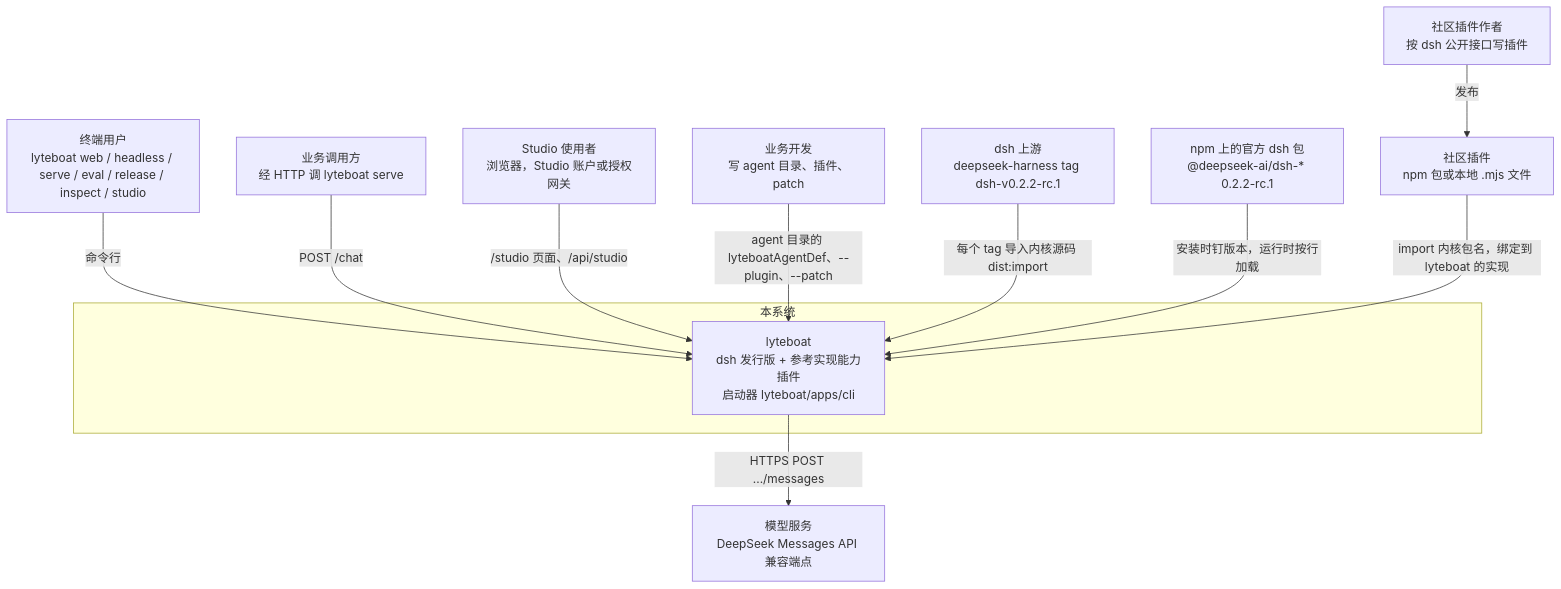
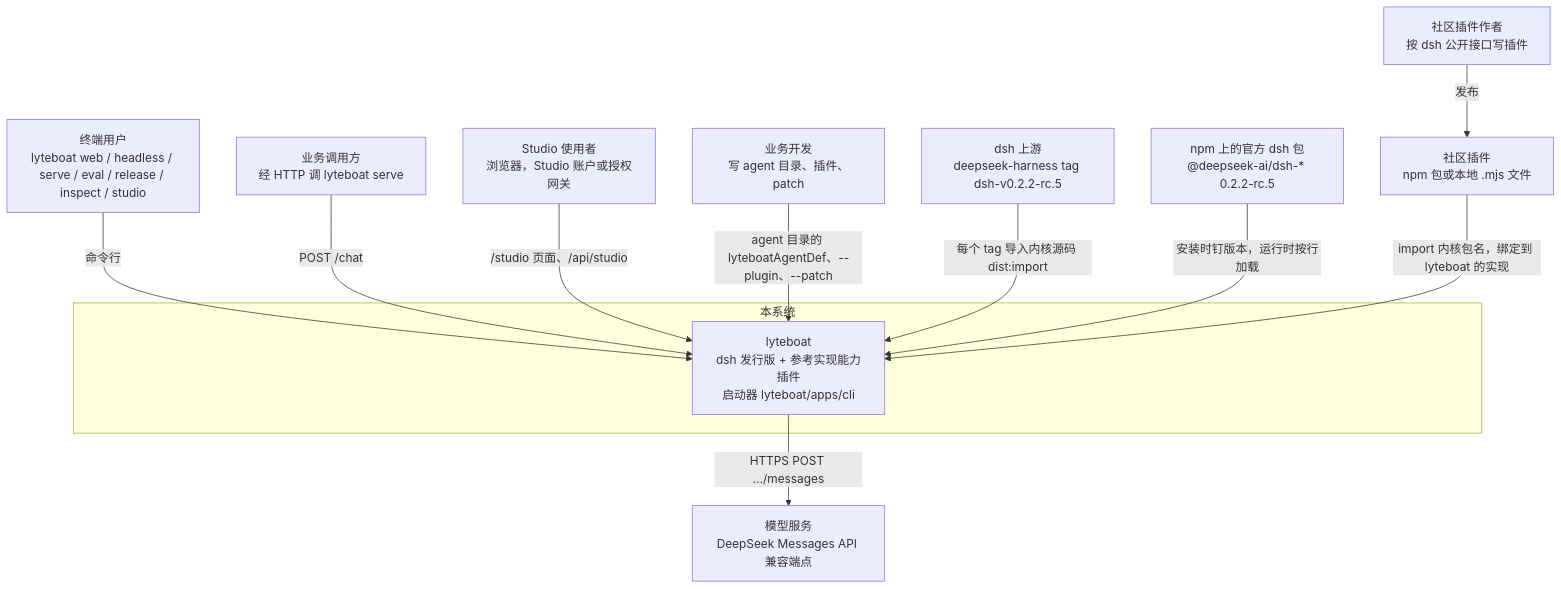
The first of 11 diagrams in docs/01-architecture.md (lyteboat/lyteboat), drawn with Mermaid before and after one commit. The commit also changed other lines of this file and 9 other files, not shown here.

````diff
--- a/docs/01-architecture.md
+++ b/docs/01-architecture.md
@@ -68,24 +68,24 @@
 ```mermaid
 flowchart TB
   user["终端用户<br/>lyteboat web / headless / serve / eval / release / inspect / studio"]
   caller["业务调用方<br/>经 HTTP 调 lyteboat serve"]
   sviewer["Studio 使用者<br/>浏览器，Studio 账户或授权网关"]
   dev["业务开发<br/>写 agent 目录、插件、patch"]
   author["社区插件作者<br/>按 dsh 公开接口写插件"]
   subgraph SYS["本系统"]
     lyteboat["lyteboat<br/>dsh 发行版 + 参考实现能力插件<br/>启动器 lyteboat/apps/cli"]
   end
-  upstream["dsh 上游<br/>deepseek-harness tag dsh-v0.2.2-rc.1"]
-  npm["npm 上的官方 dsh 包<br/>@deepseek-ai/dsh-* 0.2.2-rc.1"]
+  upstream["dsh 上游<br/>deepseek-harness tag dsh-v0.2.2-rc.5"]
+  npm["npm 上的官方 dsh 包<br/>@deepseek-ai/dsh-* 0.2.2-rc.5"]
   cplug["社区插件<br/>npm 包或本地 .mjs 文件"]
   model["模型服务<br/>DeepSeek Messages API 兼容端点"]
   user -->|"命令行"| lyteboat
   caller -->|"POST /chat"| lyteboat
   sviewer -->|"/studio 页面、/api/studio"| lyteboat
   dev -->|"agent 目录的 lyteboatAgentDef、--plugin、--patch"| lyteboat
   upstream -->|"每个 tag 导入内核源码 dist:import"| lyteboat
   npm -->|"安装时钉版本，运行时按行加载"| lyteboat
   author -->|"发布"| cplug
   cplug -->|"import 内核包名，绑定到 lyteboat 的实现"| lyteboat
   lyteboat -->|"HTTPS POST .../messages"| model
 ```
````
